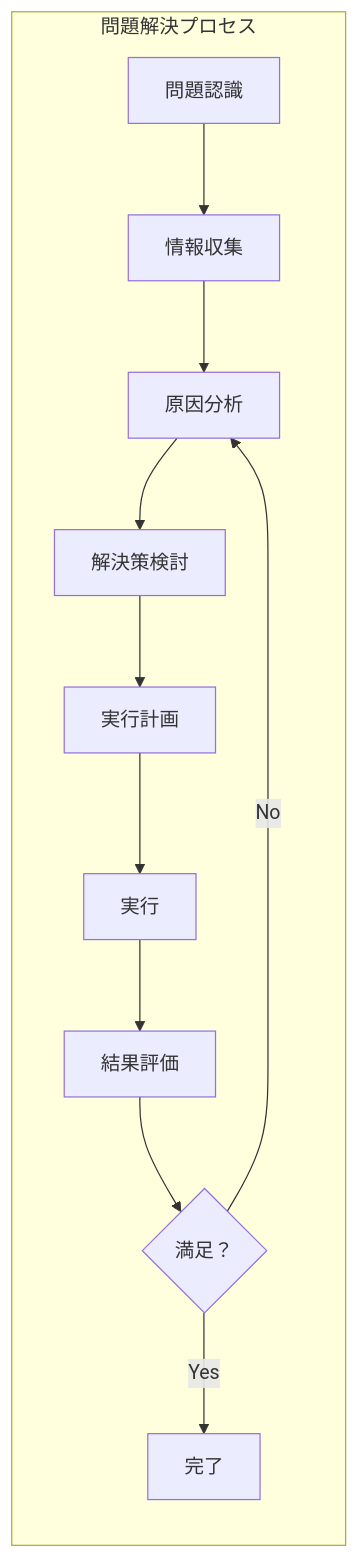
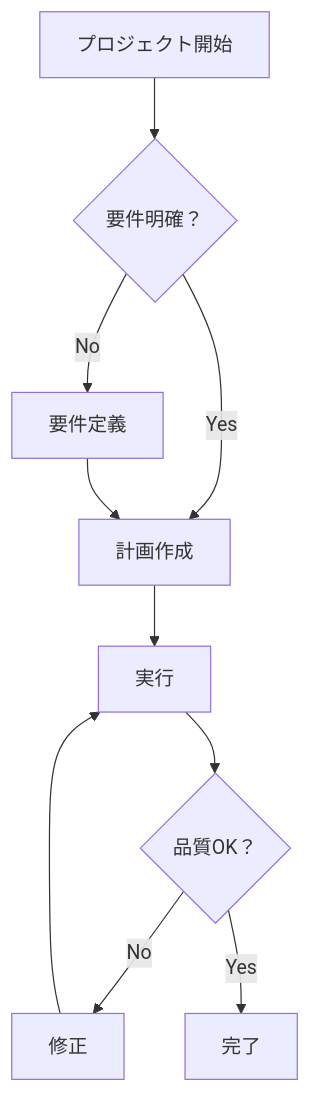
One commit to SparklingDetergent/doc_genai_mental_model changed the tenth of 13 diagrams in README.md. Above: the diagram before and after it, drawn with Mermaid. The commit also changed other lines of this file, not shown here.

````diff
--- a/README.md
+++ b/README.md
@@ -276,14 +265,16 @@
 ```mermaid
-flowchart LR
-    subgraph "問題解決プロセス"
-        A[問題認識] --> B[情報収集]
-        B --> C[原因分析]
-        C --> D[解決策検討]
-        D --> E[実行計画]
-        E --> F[実行]
-        F --> G[結果評価]
-        G --> H{満足？}
-        H -->|No| C
-        H -->|Yes| I[完了]
-    end
+flowchart TD
+    A[プロジェクト開始] --> B{要件明確？}
+    B -->|Yes| C[計画作成]
+    B -->|No| D[要件定義]
+    D --> C
+    C --> E[実行]
+    E --> F{品質OK？}
+    F -->|No| G[修正]
+    G --> E
+    F -->|Yes| H[完了]
+    
+    click C "#プロジェクト計画" "計画作成について"
+    click E "#実行管理" "実行管理のコツ"
+    click F "#品質管理" "品質管理について"
 ```
````
